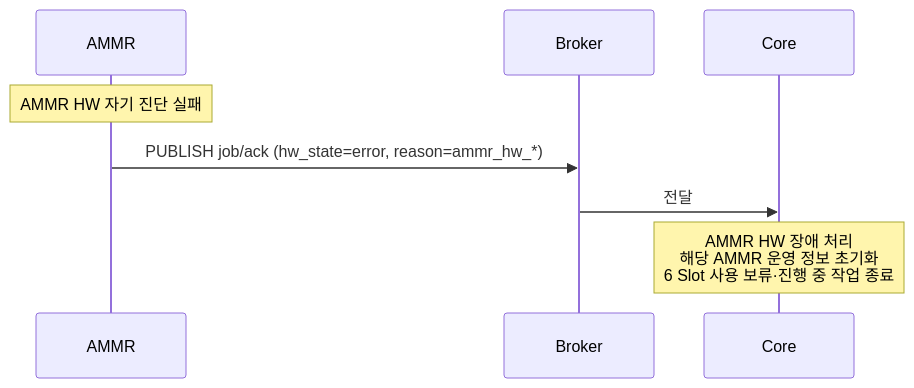
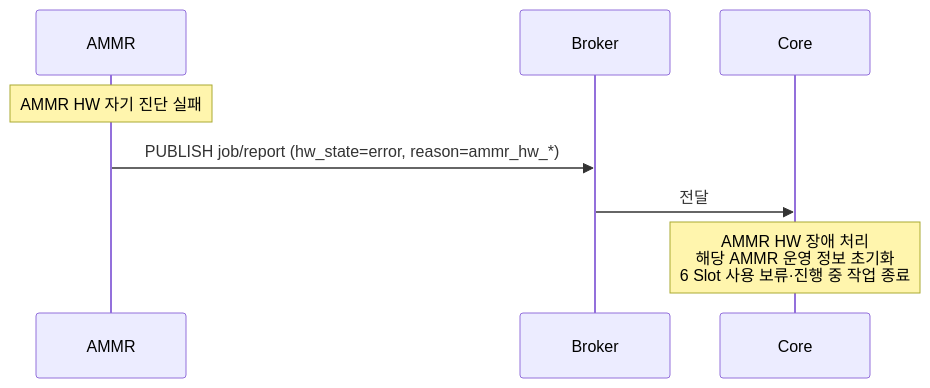
Diagram 11 of 13 in docs/out/Core_ICD_AMMR.md (kimminsu0315/Core-Docs), drawn with Mermaid before and after one commit. The commit also changed other lines of this file and 5 other files, not shown here.

````diff
--- a/docs/out/Core_ICD_AMMR.md
+++ b/docs/out/Core_ICD_AMMR.md
@@ -1165,11 +1141,11 @@
 ```mermaid
 sequenceDiagram
     participant A as AMMR
     participant B as Broker
     participant C as Core
 
     Note over A: AMMR HW 자기 진단 실패
-    A->>B: PUBLISH job/ack (hw_state=error, reason=ammr_hw_*)
+    A->>B: PUBLISH job/report (hw_state=error, reason=ammr_hw_*)
     B->>C: 전달
     Note over C: AMMR HW 장애 처리<br/>해당 AMMR 운영 정보 초기화<br/>6 Slot 사용 보류·진행 중 작업 종료
 ```
````
